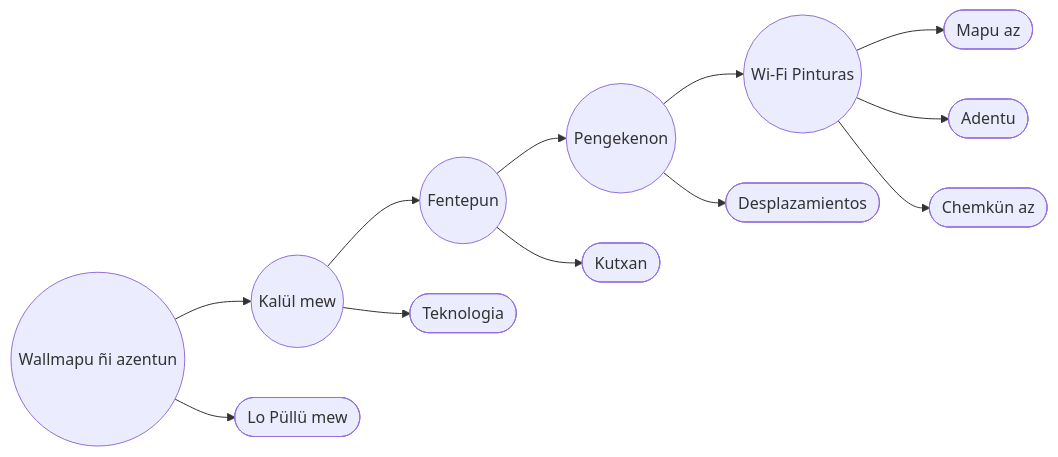
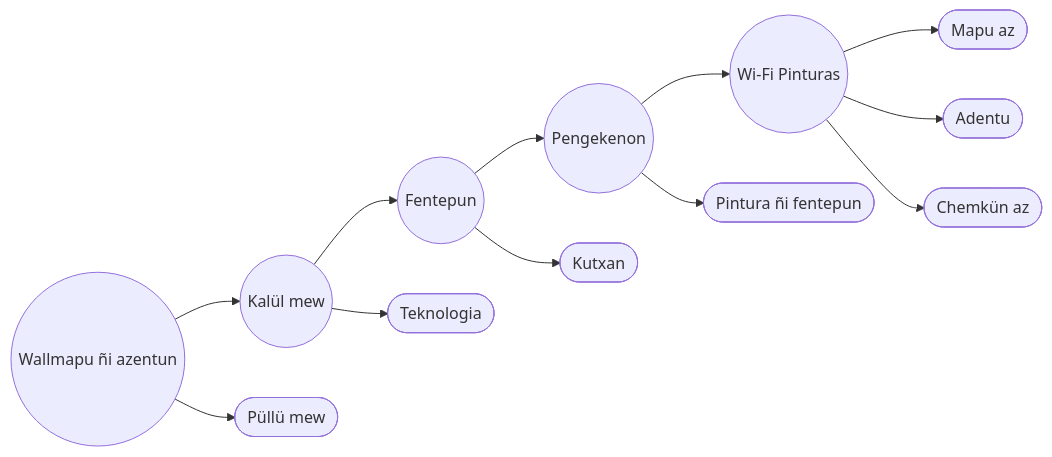
Before and after one commit to EGGS-Artesvisuales/EGGS-Artesvisuales.github.io: the diagram in MPD/pinturas-wifi.md, drawn with Mermaid. The commit also changed other lines of this file and 11 other files, not shown here.

```diff
--- a/MPD/pinturas-wifi.md
+++ b/MPD/pinturas-wifi.md
@@ -90,35 +90,35 @@
 <div class="mermaid">
 graph LR
   A((Wallmapu ñi azentun)) --> B((Kalül mew))
-  A --> B2([Lo Püllü mew])
+  A --> B2([Püllü mew])
 
   B --> C((Fentepun))
   B --> C2([Teknologia])
 
   C --> D((Pengekenon))
   C --> D2([Kutxan])
 
   D --> E((Wi-Fi Pinturas))
-  D --> F([Desplazamientos])
+  D --> F([Pintura ñi fentepun])
 
   %% Hijos de Wi-Fi Pinturas (categorías dentro de esta página)
   E --> E1([Mapu az])
   E --> E2([Adentu])
   E --> E3([Chemkün az])
 
   %% Clicks (todos clickeables)
   click A "/MPD/mundo-exterior.html" "Adkintun: Wallmapu ñi azentun"
   click B "/MPD/tangible.html" "Adkintun: Kalül mew"
-  click B2 "/MPD/intangible.html" "Adkintun: Lo Püllü mew"
+  click B2 "/MPD/intangible.html" "Adkintun: Püllü mew"
   click C "/MPD/saturacion.html" "Adkintun: Fentepun"
   click C2 "/MPD/en-construccion.html" "Adkintun: Teknologia"
   click D "/MPD/lo-invisible.html" "Adkintun: Pengekenon"
   click D2 "/MPD/la-peste.html" "Adkintun: Kutxan"
   click E "/MPD/pinturas-wifi.html" "Adkintun: Wi-Fi Pinturas"
-  click F "/MPD/en-construccion.html" "Adkintun: Desplazamientos de la pintura"
+  click F "/MPD/en-construccion.html" "Adkintun: Pintura ñi fentepun"
 
   %% Enlaces a secciones internas (anclas) para coherencia con las 3 categorías
   click E1 "#paisajes" "Adkintun: Mapu az (Wi-Fi Pinturas)"
   click E2 "#retratos" "Adkintun: Adentu (Wi-Fi Pinturas)"
   click E3 "#bodegones" "Adkintun: Chemkün az (Wi-Fi Pinturas)"
 </div>
```
